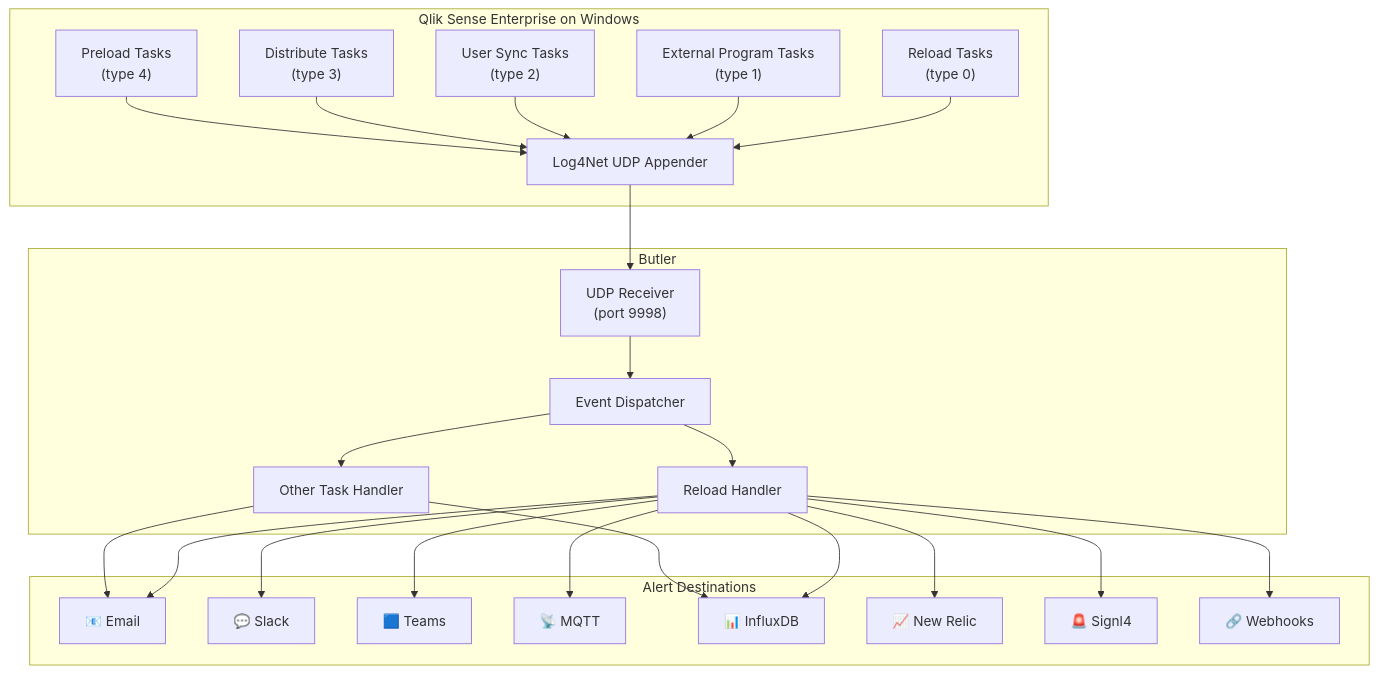
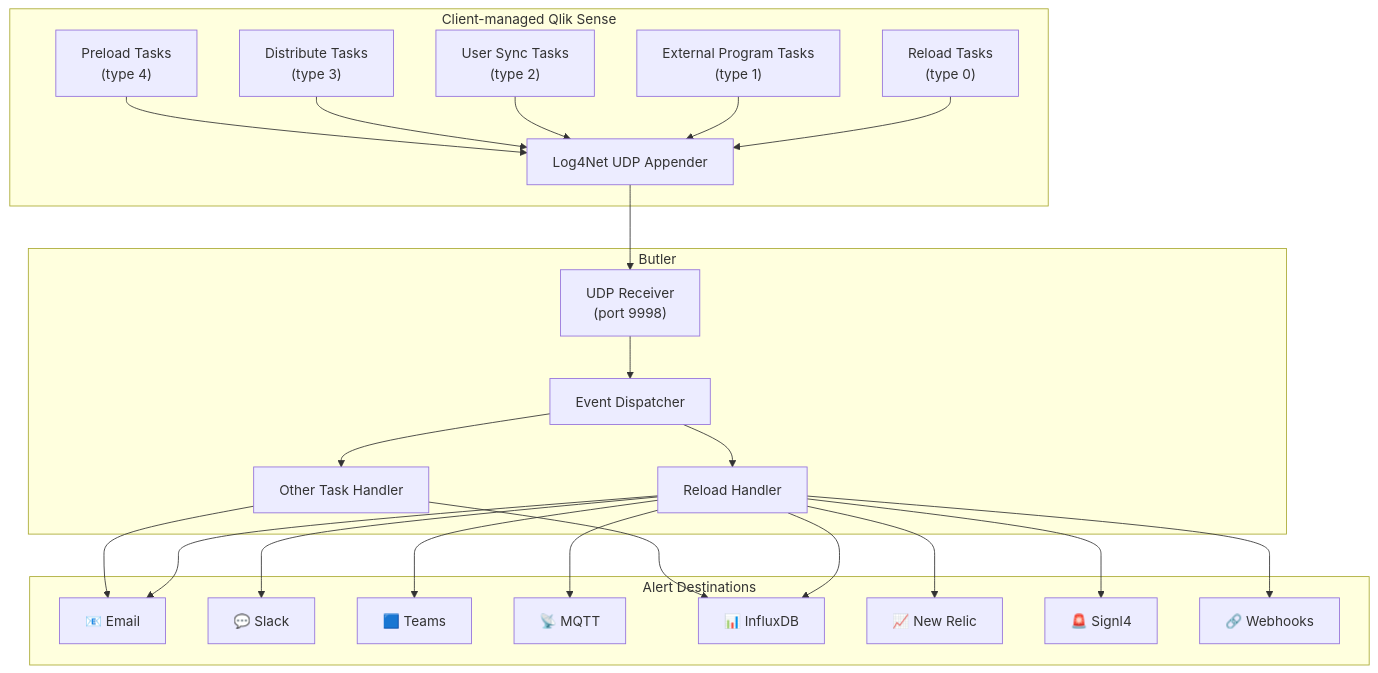
One commit to ptarmiganlabs/butler-docs changed the diagram in docs/docs/getting-started/setup/task-alerts/client-managed/index.md. Above: the diagram before and after it, drawn with Mermaid. The commit also changed other lines of this file and 28 other files, not shown here.

Commit message:
Update documentation to reflect changes from Qlik Sense Enterprise on Windows to client-managed Qlik Sense

````diff
--- a/docs/docs/getting-started/setup/task-alerts/client-managed/index.md
+++ b/docs/docs/getting-started/setup/task-alerts/client-managed/index.md
@@ -112,49 +112,49 @@
 ```mermaid
 flowchart TB
-    subgraph QS["Qlik Sense Enterprise on Windows"]
+    subgraph QS["Client-managed Qlik Sense"]
         Reload["Reload Tasks<br/>(type 0)"]
         ExtProg["External Program Tasks<br/>(type 1)"]
         UserSync["User Sync Tasks<br/>(type 2)"]
         Distribute["Distribute Tasks<br/>(type 3)"]
         Preload["Preload Tasks<br/>(type 4)"]
         Log4Net["Log4Net UDP Appender"]
     end
 
     subgraph Butler["Butler"]
         UDP["UDP Receiver<br/>(port 9998)"]
         Dispatch["Event Dispatcher"]
         ReloadH["Reload Handler"]
         OtherH["Other Task Handler"]
     end
 
     subgraph Destinations["Alert Destinations"]
         Email["📧 Email"]
         Slack["💬 Slack"]
         Teams["🟦 Teams"]
         MQTT["📡 MQTT"]
         InfluxDB["📊 InfluxDB"]
         NewRelic["📈 New Relic"]
         Signl4["🚨 Signl4"]
         Webhook["🔗 Webhooks"]
     end
 
     Reload --> Log4Net
     ExtProg --> Log4Net
     UserSync --> Log4Net
     Distribute --> Log4Net
     Preload --> Log4Net
     Log4Net --> UDP
     UDP --> Dispatch
     Dispatch --> ReloadH
     Dispatch --> OtherH
     ReloadH --> Email
     ReloadH --> Slack
     ReloadH --> Teams
     ReloadH --> MQTT
     ReloadH --> InfluxDB
     ReloadH --> NewRelic
     ReloadH --> Signl4
     ReloadH --> Webhook
     OtherH --> Email
     OtherH --> InfluxDB
 ```
````
